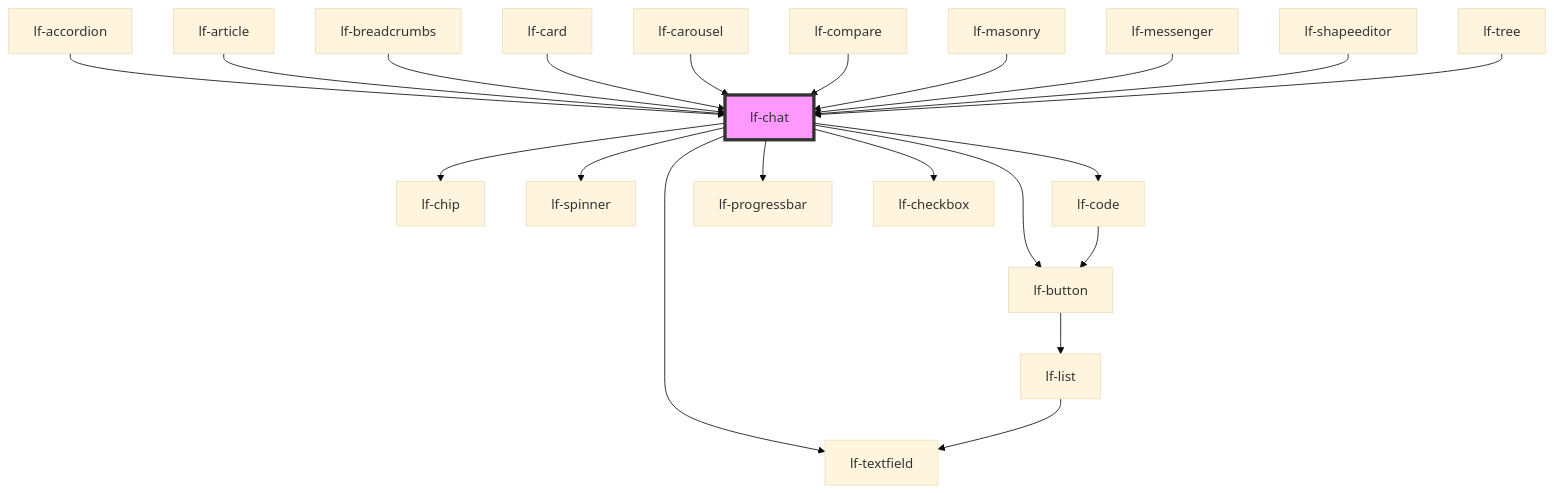
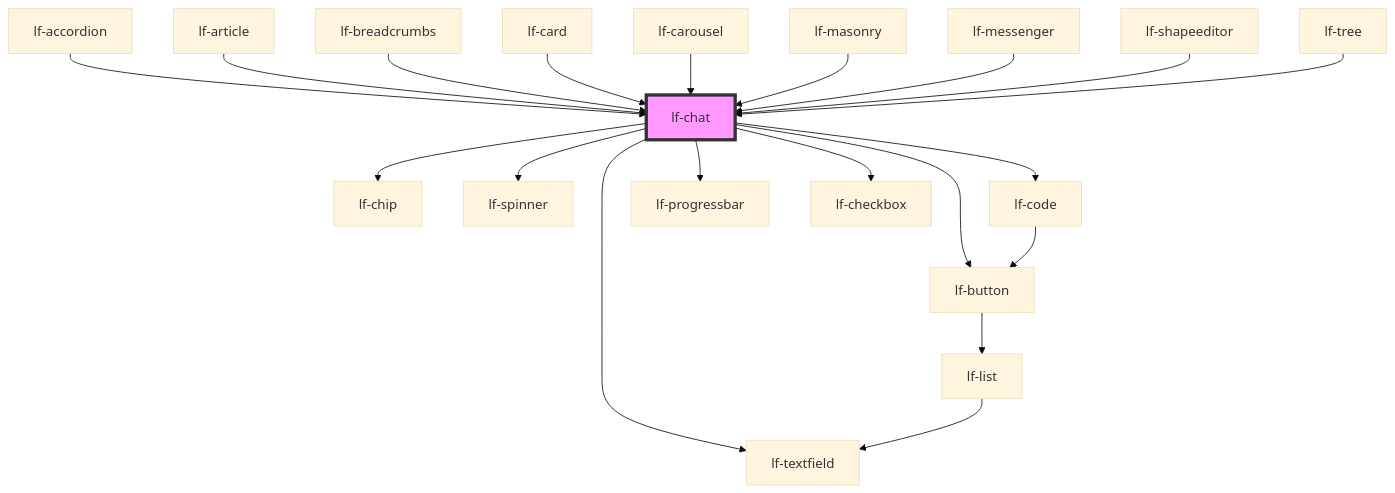
The diagram in packages/core/src/components/lf-chat/readme.md (lucafoscili/lf-widgets), drawn with Mermaid (base theme) before and after one commit. The commit also changed other lines of this file and 191 other files, not shown here.

First line of the commit message:
chore: Refactor to functional component architecture for UI

````diff
--- a/packages/core/src/components/lf-chat/readme.md
+++ b/packages/core/src/components/lf-chat/readme.md
@@ -268,24 +267,23 @@
 ```mermaid
 graph TD;
   lf-chat --> lf-chip
   lf-chat --> lf-button
   lf-chat --> lf-textfield
   lf-chat --> lf-spinner
   lf-chat --> lf-code
   lf-chat --> lf-progressbar
   lf-chat --> lf-checkbox
   lf-button --> lf-list
   lf-list --> lf-textfield
   lf-code --> lf-button
   lf-accordion --> lf-chat
   lf-article --> lf-chat
   lf-breadcrumbs --> lf-chat
   lf-card --> lf-chat
   lf-carousel --> lf-chat
-  lf-compare --> lf-chat
   lf-masonry --> lf-chat
   lf-messenger --> lf-chat
   lf-shapeeditor --> lf-chat
   lf-tree --> lf-chat
   style lf-chat fill:#f9f,stroke:#333,stroke-width:4px
 ```
````
